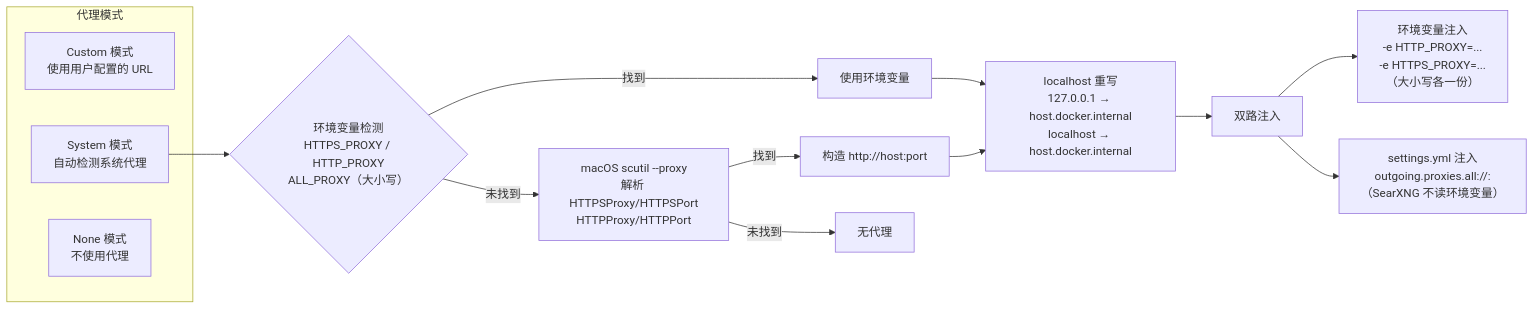
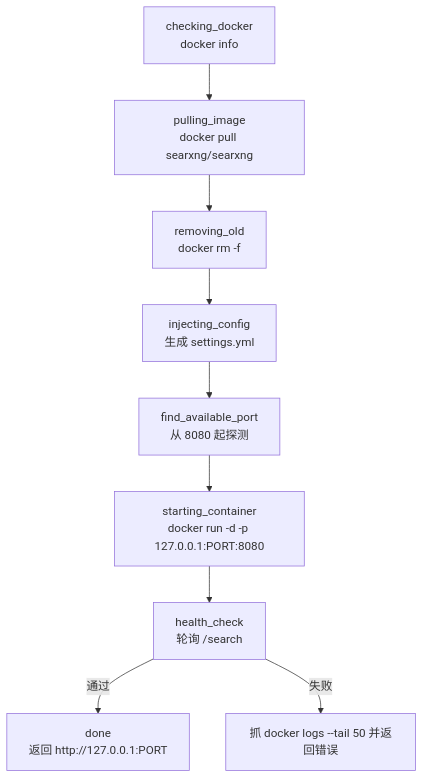
Before and after one commit to shiwenwen/hope-agent: the second of 2 diagrams in docs/architecture/sandbox.md, drawn with Mermaid. The commit also changed other lines of this file and 60 other files, not shown here.

````diff
--- a/docs/architecture/sandbox.md
+++ b/docs/architecture/sandbox.md
@@ -91,22 +591,11 @@
 ```mermaid
-flowchart LR
-    subgraph 代理模式
-        A["Custom 模式<br/>使用用户配置的 URL"]
-        B["System 模式<br/>自动检测系统代理"]
-        C["None 模式<br/>不使用代理"]
-    end
-
-    B --> D{"环境变量检测<br/>HTTPS_PROXY / HTTP_PROXY<br/>ALL_PROXY（大小写）"}
-    D -->|找到| E["使用环境变量"]
-    D -->|未找到| F["macOS scutil --proxy<br/>解析 HTTPSProxy/HTTPSPort<br/>HTTPProxy/HTTPPort"]
-    F -->|找到| G["构造 http://host:port"]
-    F -->|未找到| H["无代理"]
-
-    E --> I["localhost 重写<br/>127.0.0.1 → host.docker.internal<br/>localhost → host.docker.internal"]
-    G --> I
-
-    I --> J["双路注入"]
-    J --> K["环境变量注入<br/>-e HTTP_PROXY=...<br/>-e HTTPS_PROXY=...<br/>（大小写各一份）"]
-    J --> L["settings.yml 注入<br/>outgoing.proxies.all://:<br/>（SearXNG 不读环境变量）"]
-
+flowchart TD
+    A["checking_docker<br/>docker info"] --> B["pulling_image<br/>docker pull searxng/searxng"]
+    B --> C["removing_old<br/>docker rm -f"]
+    C --> D["injecting_config<br/>生成 settings.yml"]
+    D --> E["find_available_port<br/>从 8080 起探测"]
+    E --> F["starting_container<br/>docker run -d -p 127.0.0.1:PORT:8080"]
+    F --> G["health_check<br/>轮询 /search"]
+    G -->|通过| H["done<br/>返回 http://127.0.0.1:PORT"]
+    G -->|失败| I["抓 docker logs --tail 50 并返回错误"]
 ```
````
